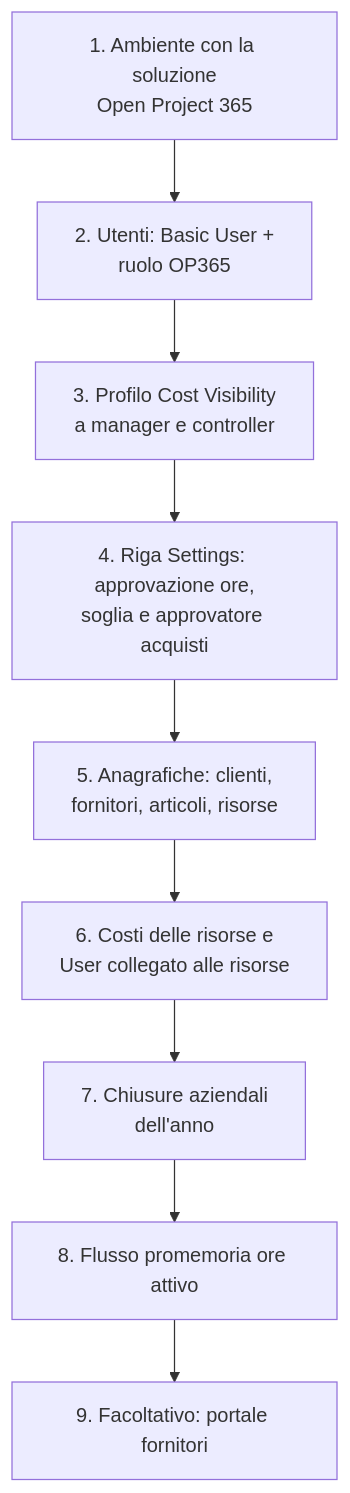
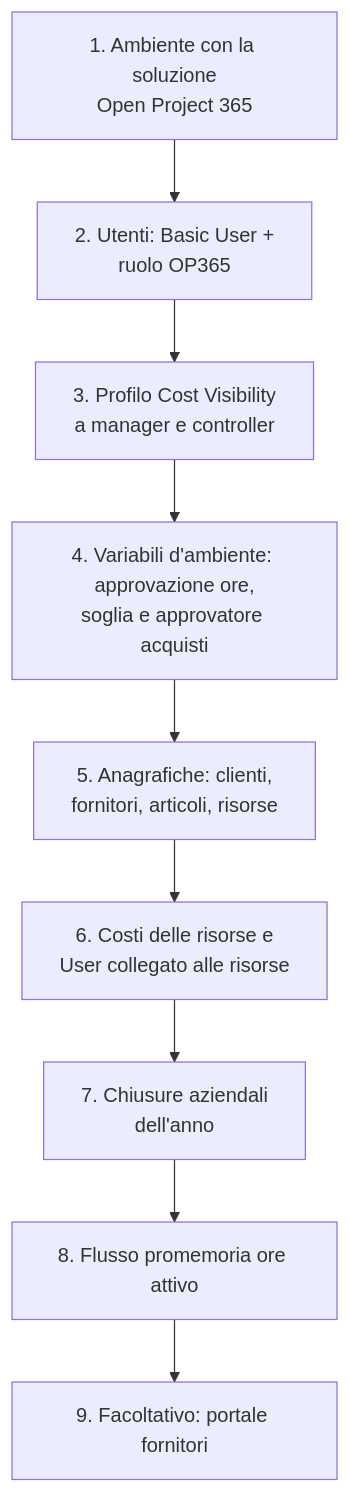
One commit to Power-Builders-Italia/ProjectIQ changed the first of 2 diagrams in docs/it/administration.md. Above: the diagram before and after it, drawn with Mermaid. The commit also changed other lines of this file and 64 other files, not shown here.

````diff
--- a/docs/it/administration.md
+++ b/docs/it/administration.md
@@ -12,11 +12,11 @@
 ```mermaid
 flowchart TD
     A[1. Ambiente con la soluzione<br/>Open Project 365] --> B[2. Utenti: Basic User +<br/>ruolo OP365]
     B --> C[3. Profilo Cost Visibility<br/>a manager e controller]
-    C --> D[4. Riga Settings: approvazione ore,<br/>soglia e approvatore acquisti]
+    C --> D[4. Variabili d'ambiente: approvazione ore,<br/>soglia e approvatore acquisti]
     D --> E[5. Anagrafiche: clienti,<br/>fornitori, articoli, risorse]
     E --> F[6. Costi delle risorse e<br/>User collegato alle risorse]
     F --> G[7. Chiusure aziendali<br/>dell'anno]
     G --> H[8. Flusso promemoria ore attivo]
     H --> I[9. Facoltativo: portale fornitori]
 ```
````
